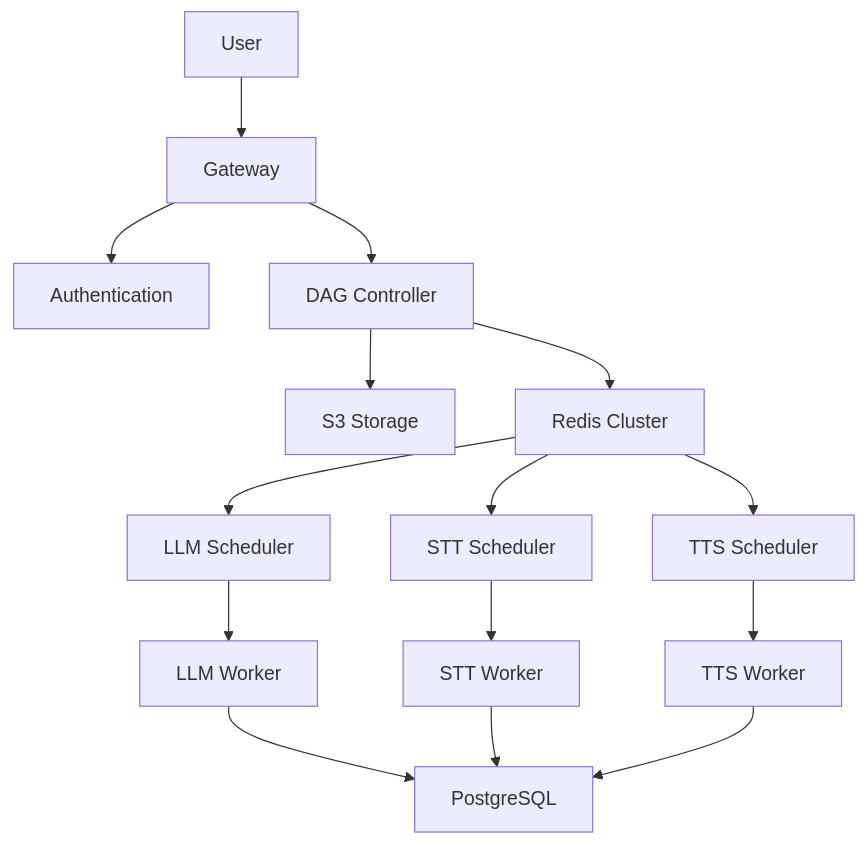
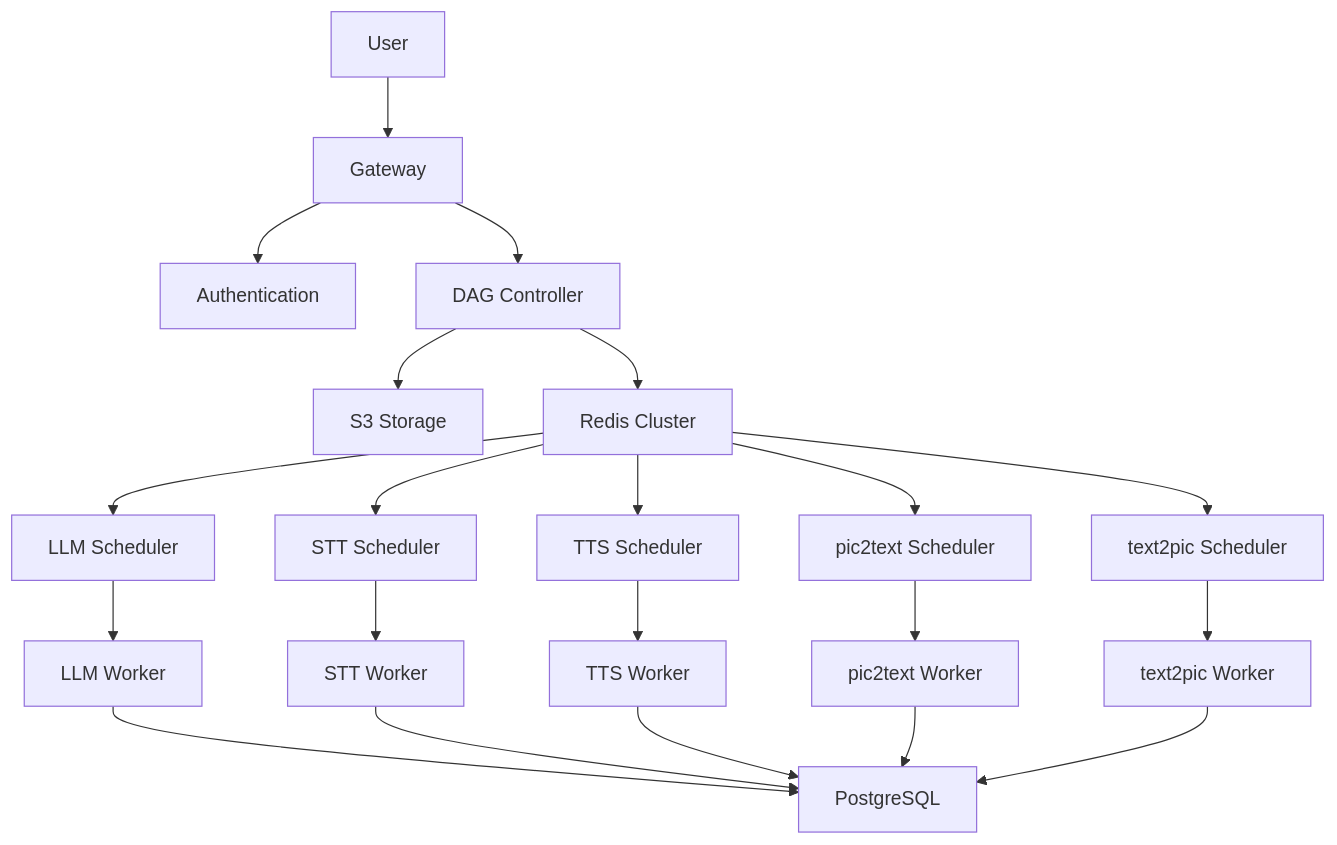
Before and after one commit to ENFJ-Meower/Labubu-Remake-AI-Platform: the first of 2 diagrams in README.md, drawn with Mermaid. The commit also changed other lines of this file, not shown here.

````diff
--- a/README.md
+++ b/README.md
@@ -124,17 +124,23 @@
 ```mermaid
 graph TD
     A[User] --> B[Gateway]
     B --> C[Authentication]
     B --> D[DAG Controller]
     D --> E[S3 Storage]
     D --> F[Redis Cluster]
     F --> G[LLM Scheduler]
     F --> H[STT Scheduler]
     F --> I[TTS Scheduler]
+    F --> N[pic2text Scheduler]   
+    F --> P[text2pic Scheduler]   
     G --> J[LLM Worker]
     H --> K[STT Worker]
     I --> L[TTS Worker]
+    N --> O[pic2text Worker]     
+    P --> Q[text2pic Worker]      
     J --> M[PostgreSQL]
     K --> M
     L --> M
+    O --> M
+    Q --> M  
 ```
````
